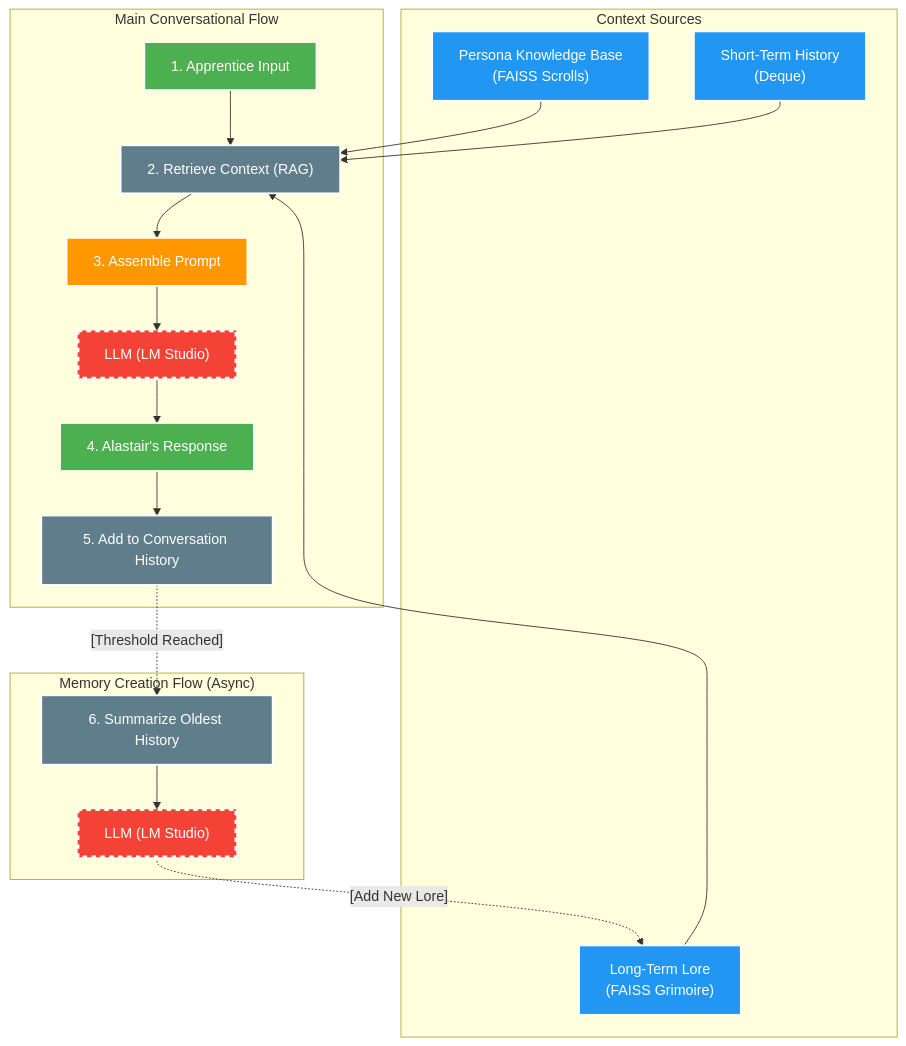
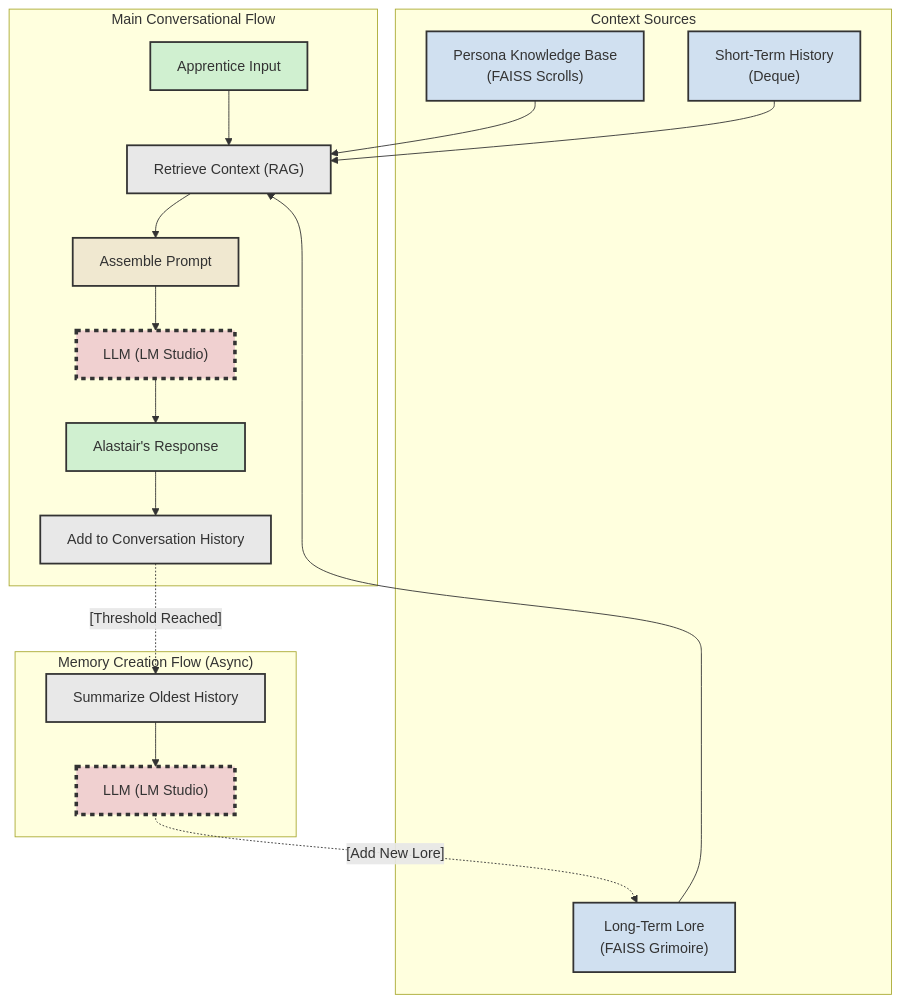
One commit to Perseus-101/Alastair changed the diagram in README.md. Above: the diagram before and after it, drawn with Mermaid.

````diff
--- a/README.md
+++ b/README.md
@@ -22,35 +22,35 @@
 ```mermaid
 graph TD
     subgraph "Main Conversational Flow"
-        UserInput["1. Apprentice Input"] --> RAG["2. Retrieve Context (RAG)"];
-        RAG --> Prompt["3. Assemble Prompt"];
+        UserInput["Apprentice Input"] --> RAG["Retrieve Context (RAG)"];
+        RAG --> Prompt["Assemble Prompt"];
         Prompt --> LLM_Main["LLM (LM Studio)"];
-        LLM_Main --> Response["4. Alastair's Response"];
-        Response --> AddToHistory["5. Add to Conversation History"];
+        LLM_Main --> Response["Alastair's Response"];
+        Response --> AddToHistory["Add to Conversation History"];
     end
 
     subgraph "Context Sources"
         PersonaKB["Persona Knowledge Base<br>(FAISS Scrolls)"] --> RAG;
         LongTerm["Long-Term Lore<br>(FAISS Grimoire)"] --> RAG;
         ShortTerm["Short-Term History<br>(Deque)"] --> RAG;
     end
 
     subgraph "Memory Creation Flow (Async)"
-        AddToHistory -.->|"[Threshold Reached]"| Summarizer["6. Summarize Oldest History"];
+        AddToHistory -.->|"[Threshold Reached]"| Summarizer["Summarize Oldest History"];
         Summarizer --> LLM_Summarize["LLM (LM Studio)"];
         LLM_Summarize -.->|"[Add New Lore]"| LongTerm;
     end
 
-    %% Style Definitions - Dark Mode Optimized
-    style UserInput fill:#4CAF50,stroke:#fff,stroke-width:2px,color:#fff
-    style Response fill:#4CAF50,stroke:#fff,stroke-width:2px,color:#fff
-    style RAG fill:#607D8B,stroke:#fff,stroke-width:2px,color:#fff
-    style Prompt fill:#FF9800,stroke:#fff,stroke-width:2px,color:#fff
-    style AddToHistory fill:#607D8B,stroke:#fff,stroke-width:2px,color:#fff
-    style Summarizer fill:#607D8B,stroke:#fff,stroke-width:2px,color:#fff
-    style PersonaKB fill:#2196F3,stroke:#fff,stroke-width:2px,color:#fff
-    style LongTerm fill:#2196F3,stroke:#fff,stroke-width:2px,color:#fff
-    style ShortTerm fill:#2196F3,stroke:#fff,stroke-width:2px,color:#fff
-    style LLM_Main fill:#F44336,stroke:#fff,stroke-width:4px,stroke-dasharray:5 5,color:#fff
-    style LLM_Summarize fill:#F44336,stroke:#fff,stroke-width:4px,stroke-dasharray:5 5,color:#fff
+    %% Style Definitions
+    style UserInput fill:#D0F0D0,stroke:#333,stroke-width:2px
+    style Response fill:#D0F0D0,stroke:#333,stroke-width:2px
+    style RAG fill:#E8E8E8,stroke:#333,stroke-width:2px
+    style Prompt fill:#F0E8D0,stroke:#333,stroke-width:2px
+    style AddToHistory fill:#E8E8E8,stroke:#333,stroke-width:2px
+    style Summarizer fill:#E8E8E8,stroke:#333,stroke-width:2px
+    style PersonaKB fill:#D0E0F0,stroke:#333,stroke-width:2px
+    style LongTerm fill:#D0E0F0,stroke:#333,stroke-width:2px
+    style ShortTerm fill:#D0E0F0,stroke:#333,stroke-width:2px
+    style LLM_Main fill:#F0D0D0,stroke:#333,stroke-width:4px,stroke-dasharray: 5 5
+    style LLM_Summarize fill:#F0D0D0,stroke:#333,stroke-width:4px,stroke-dasharray: 5 5
 ```
````
